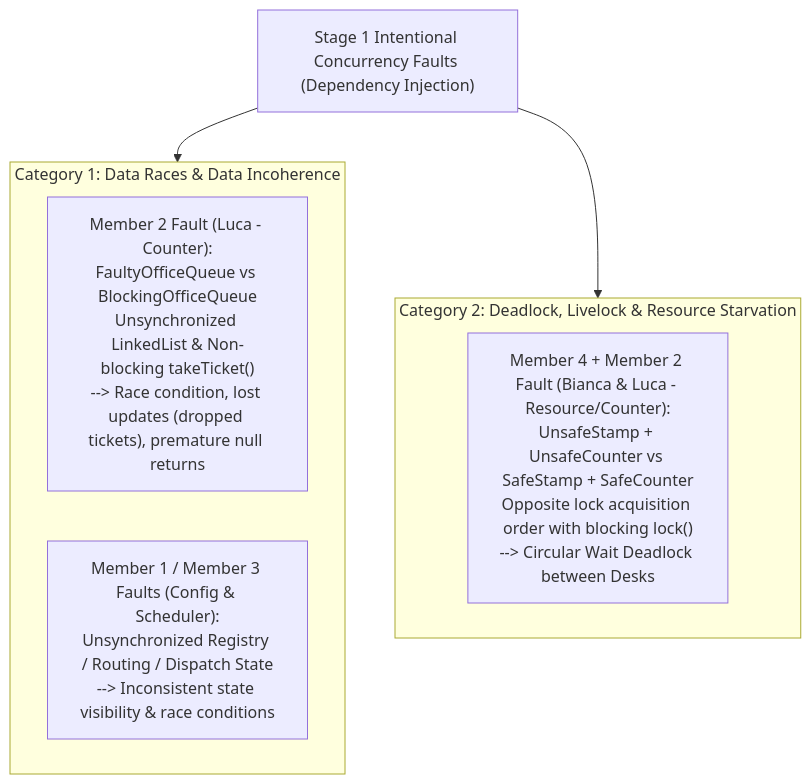
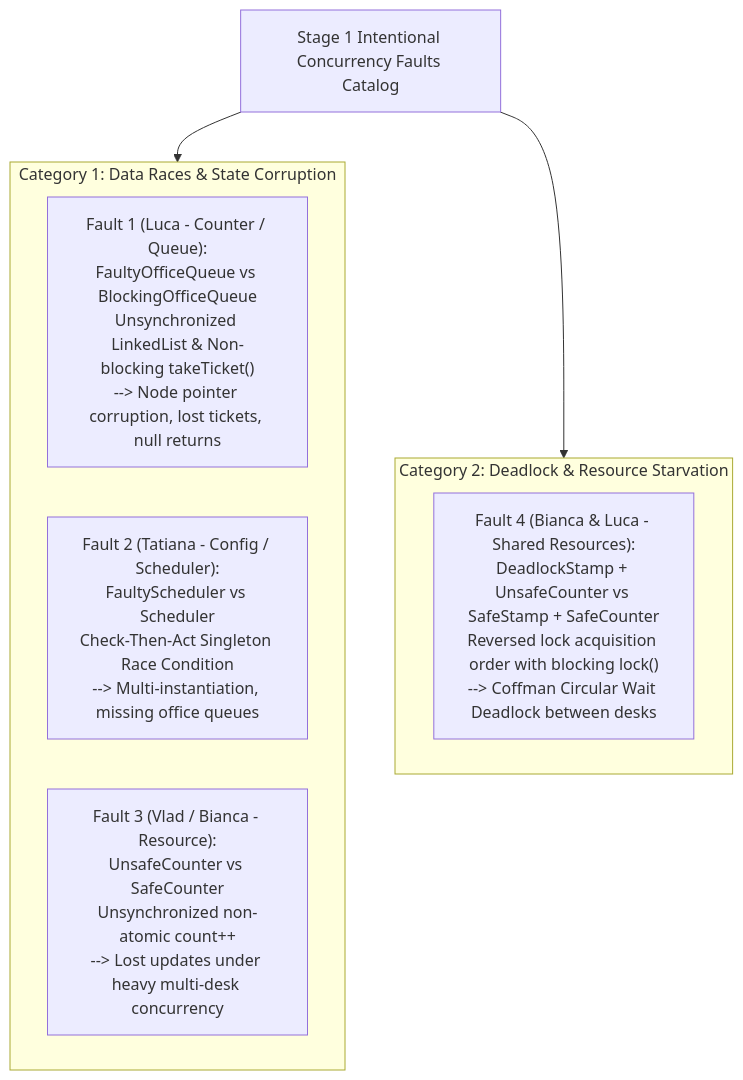
Before and after one commit to SovietskySoldatie/FacultyProject-CEBP: the ninth of 10 diagrams in reqs/reqs.md, drawn with Mermaid. The commit also changed other lines of this file and 4 other files, not shown here.

Commit message:
docs: comprehensive update of all documentation files, architecture, specifications, and README in English

````diff
--- a/reqs/reqs.md
+++ b/reqs/reqs.md
@@ -443,16 +449,17 @@
 ```mermaid
 flowchart TD
-    Faults["Stage 1 Intentional Concurrency Faults (Dependency Injection)"]
+    Faults["Stage 1 Intentional Concurrency Faults Catalog"]
 
-    subgraph Cat1["Category 1: Data Races & Data Incoherence"]
-        F1["Member 2 Fault (Luca - Counter):\nFaultyOfficeQueue vs BlockingOfficeQueue\nUnsynchronized LinkedList & Non-blocking takeTicket()\n--> Race condition, lost updates (dropped tickets), premature null returns"]
-        F2["Member 1 / Member 3 Faults (Config & Scheduler):\nUnsynchronized Registry / Routing / Dispatch State\n--> Inconsistent state visibility & race conditions"]
+    subgraph Cat1["Category 1: Data Races & State Corruption"]
+        F1["Fault 1 (Luca - Counter / Queue):\nFaultyOfficeQueue vs BlockingOfficeQueue\nUnsynchronized LinkedList & Non-blocking takeTicket()\n--> Node pointer corruption, lost tickets, null returns"]
+        F2["Fault 2 (Tatiana - Config / Scheduler):\nFaultyScheduler vs Scheduler\nCheck-Then-Act Singleton Race Condition\n--> Multi-instantiation, missing office queues"]
+        F3["Fault 3 (Vlad / Bianca - Resource):\nUnsafeCounter vs SafeCounter\nUnsynchronized non-atomic count++\n--> Lost updates under heavy multi-desk concurrency"]
     end
 
-    subgraph Cat2["Category 2: Deadlock, Livelock & Resource Starvation"]
-        F3["Member 4 + Member 2 Fault (Bianca & Luca - Resource/Counter):\nUnsafeStamp + UnsafeCounter vs SafeStamp + SafeCounter\nOpposite lock acquisition order with blocking lock()\n--> Circular Wait Deadlock between Desks"]
+    subgraph Cat2["Category 2: Deadlock & Resource Starvation"]
+        F4["Fault 4 (Bianca & Luca - Shared Resources):\nDeadlockStamp + UnsafeCounter vs SafeStamp + SafeCounter\nReversed lock acquisition order with blocking lock()\n--> Coffman Circular Wait Deadlock between desks"]
     end
 
     Faults --> Cat1
     Faults --> Cat2
 ```
````
